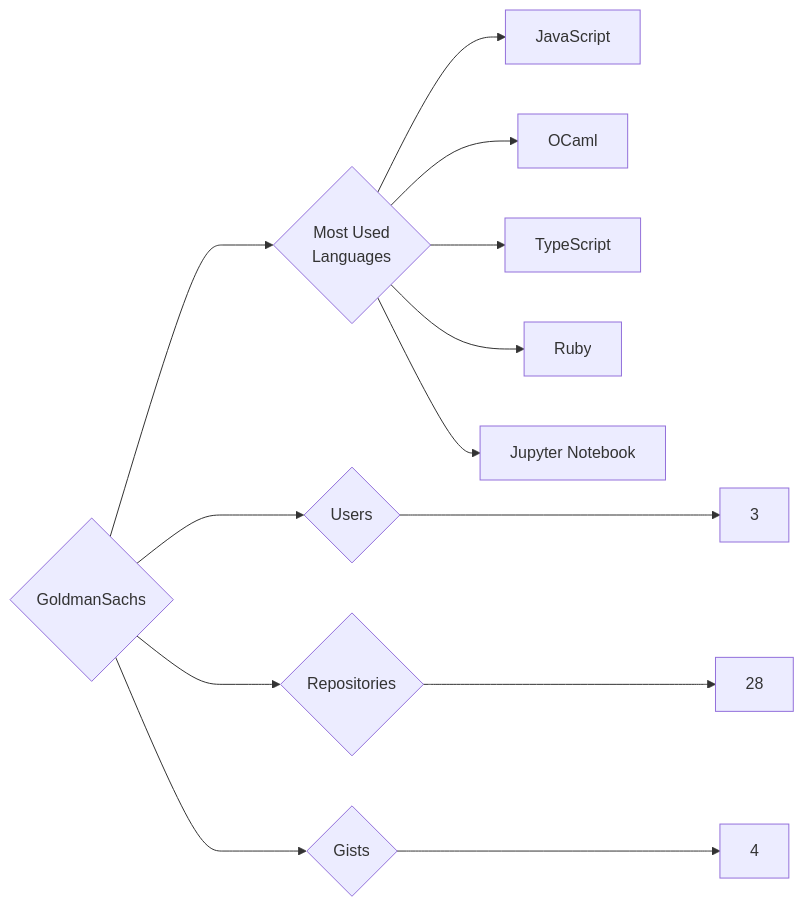
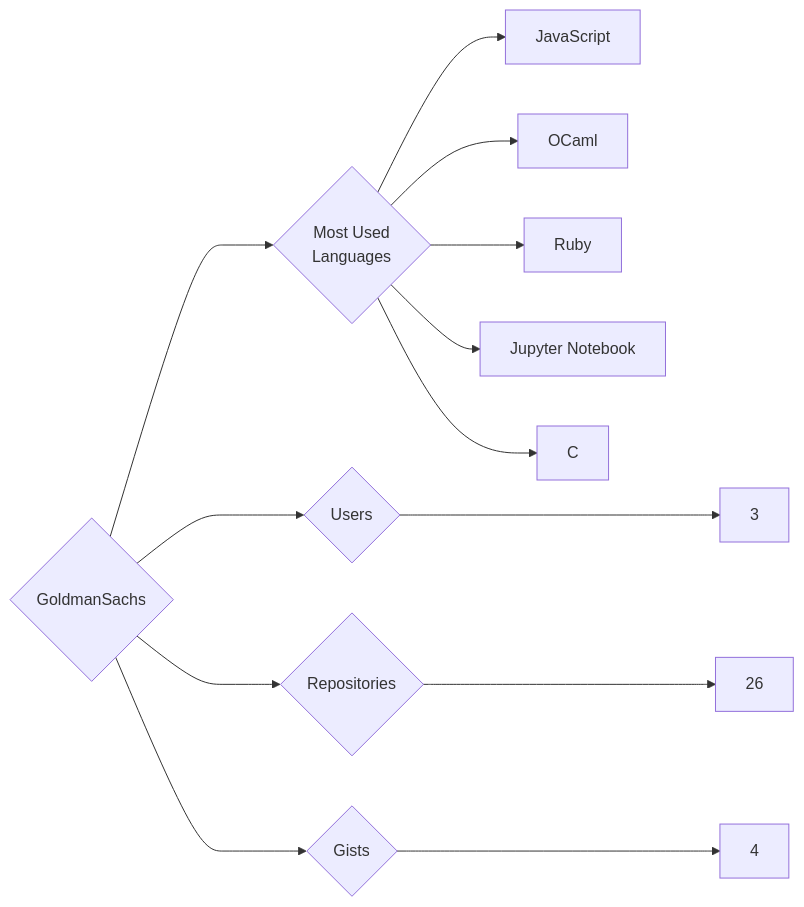
Before and after one commit to trickest/insiders: the diagram in targets/GoldmanSachs/README.md, drawn with Mermaid. The commit also changed 872 other files, not shown here.

````diff
--- a/targets/GoldmanSachs/README.md
+++ b/targets/GoldmanSachs/README.md
@@ -3,13 +3,13 @@
 ```mermaid
 graph LR
 COMPANY_NAME{GoldmanSachs}
 COMPANY_NAME ---> U{Users} ---> UN[3]
-COMPANY_NAME ---> R{Repositories} ---> RN[28]
+COMPANY_NAME ---> R{Repositories} ---> RN[26]
 COMPANY_NAME ---> G{Gists} ---> GN[4]
 COMPANY_NAME ---> ML{Most Used<br>Languages}
 ML --> JavaScript[JavaScript]
 ML --> OCaml[OCaml]
-ML --> TypeScript[TypeScript]
 ML --> Ruby[Ruby]
 ML --> Jupyter_Notebook[Jupyter Notebook]
+ML --> C[C]
 ```
````
